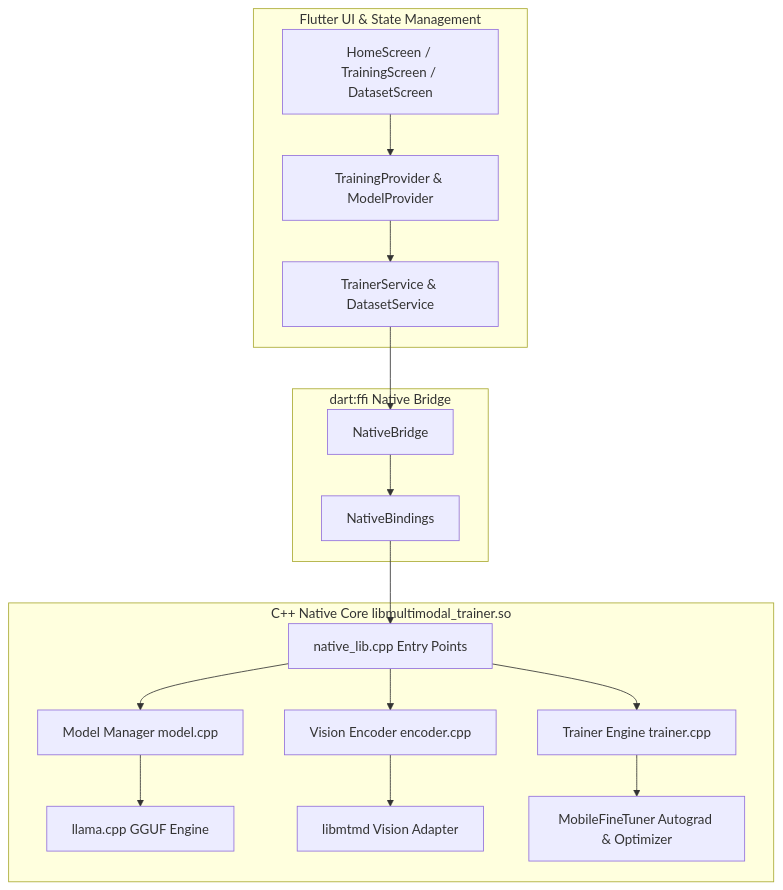
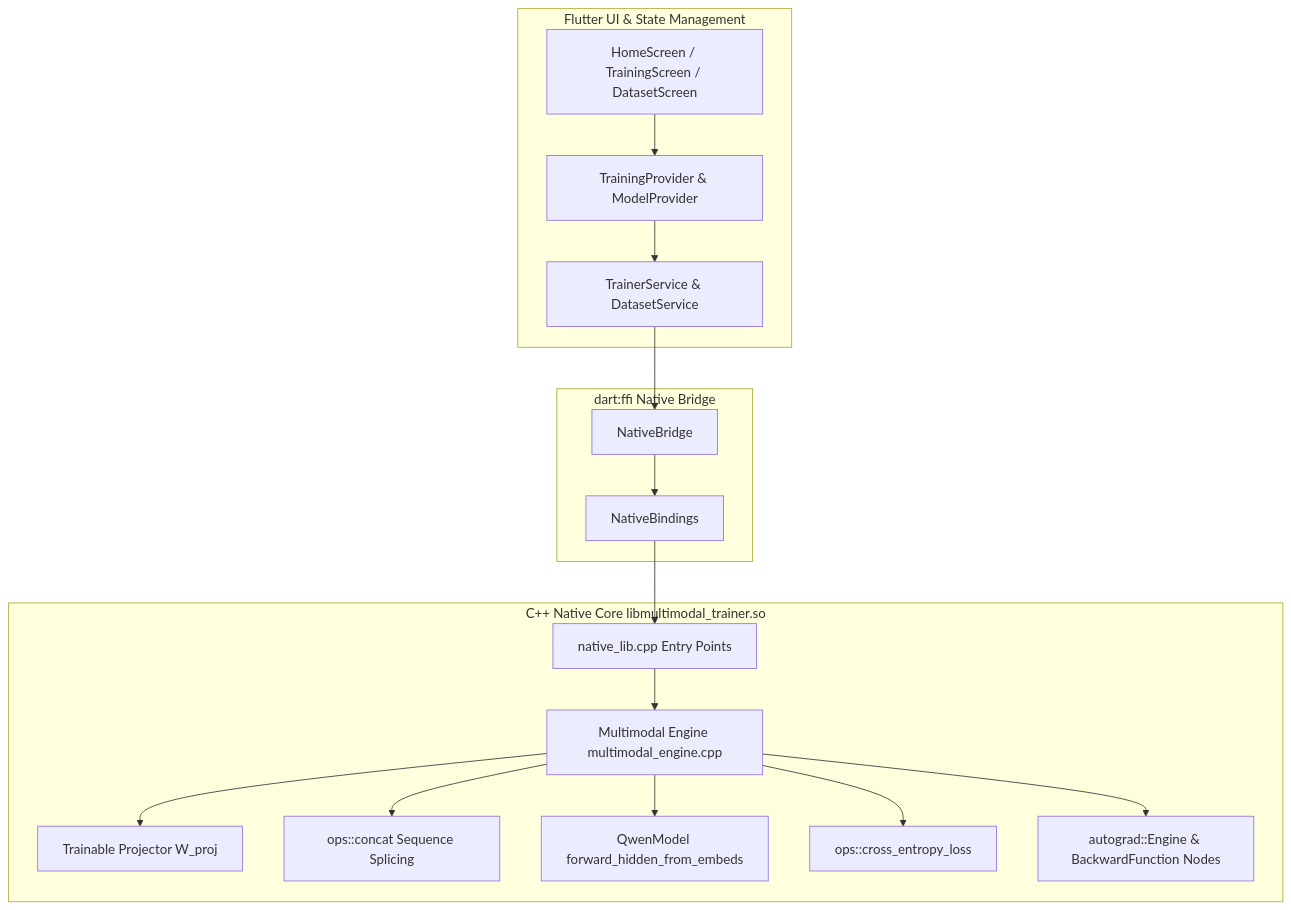
One commit to assassinaj602/multimodal_trainer_flutter changed the diagram in README.md. Above: the diagram before and after it, drawn with Mermaid. The commit also changed other lines of this file, not shown here.

Commit message:
docs: update README with multimodal autograd architecture, FFI API, and on-device test guide

````diff
--- a/README.md
+++ b/README.md
@@ -22,25 +29,25 @@
 ```mermaid
 graph TD
     subgraph Flutter UI & State Management
         A[HomeScreen / TrainingScreen / DatasetScreen]
         B[TrainingProvider & ModelProvider]
         C[TrainerService & DatasetService]
         A --> B --> C
     end
 
     subgraph dart:ffi Native Bridge
         C --> D[NativeBridge]
         D --> E[NativeBindings]
     end
 
     subgraph C++ Native Core libmultimodal_trainer.so
         E --> F[native_lib.cpp Entry Points]
-        F --> G[Model Manager model.cpp]
-        F --> H[Vision Encoder encoder.cpp]
-        F --> I[Trainer Engine trainer.cpp]
+        F --> G[Multimodal Engine multimodal_engine.cpp]
         
-        G --> J[llama.cpp GGUF Engine]
-        H --> K[libmtmd Vision Adapter]
-        I --> L[MobileFineTuner Autograd & Optimizer]
+        G --> H[Trainable Projector W_proj]
+        G --> I[ops::concat Sequence Splicing]
+        G --> J[QwenModel forward_hidden_from_embeds]
+        G --> K[ops::cross_entropy_loss]
+        G --> L[autograd::Engine & BackwardFunction Nodes]
     end
 ```
````
